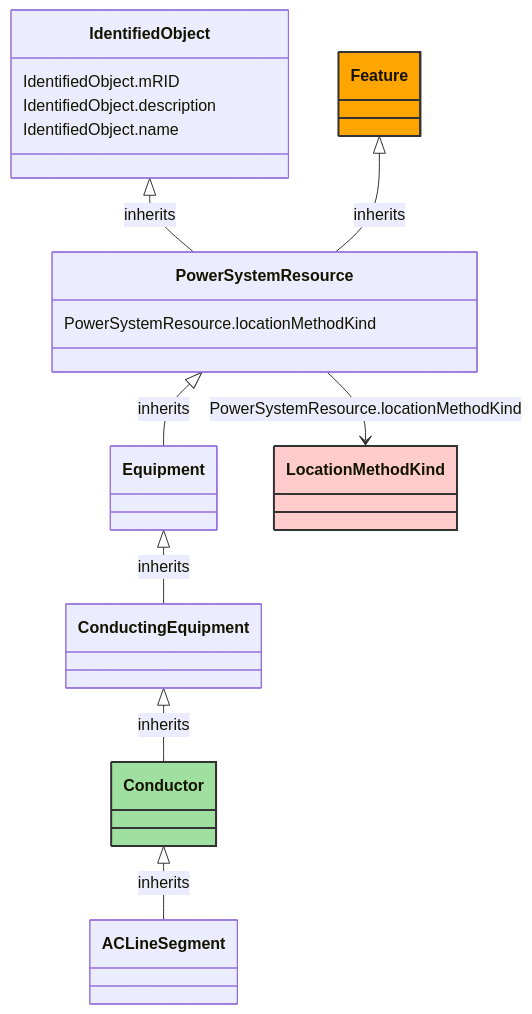
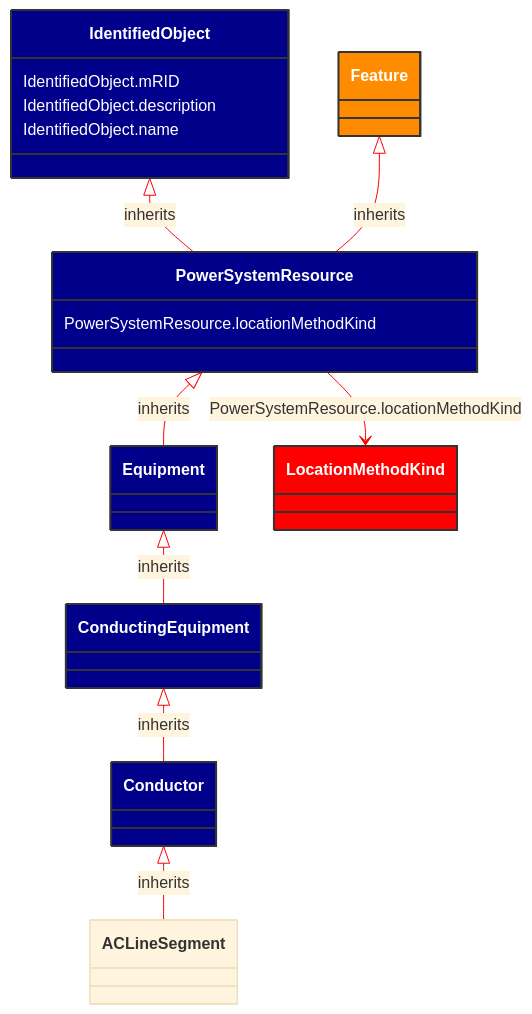
Before and after one commit to 3lbits/NoCIMExtensions: the diagram in docs/Models/Profiles/AviationObstacle/AbstractClasses/Conductor.md, drawn with Mermaid. The commit also changed 58 other files, not shown here.

````diff
--- a/docs/Models/Profiles/AviationObstacle/AbstractClasses/Conductor.md
+++ b/docs/Models/Profiles/AviationObstacle/AbstractClasses/Conductor.md
@@ -10,46 +10,47 @@
 ```mermaid
+%%{init: {'theme':'base','themeVariables': {'lineColor': '#FF0000'}}}%%
 classDiagram
     class Conductor
     click Conductor href "/Models/Profiles/AviationObstacle/AbstractClasses/Conductor/"
-    style Conductor fill:#9fdf9f,stroke:#333,stroke-width:2px,rx:10,ry:10
+    style Conductor fill:#006400,stroke:#333,stroke-width:2px,rx:10,ry:10,color:white
 
         Conductor <|-- ACLineSegment : inherits
             click Conductor href "/Models/Profiles/AviationObstacle/AbstractClasses/Conductor/"
-            style Conductor rx:10,ry:10
+            style Conductor fill:#00008B,stroke:#333,stroke-width:2px,rx:10,ry:10,color:white
 
         ACLineSegment
             click ACLineSegment href "/Models/Profiles/AviationObstacle/ConcreteClasses/ACLineSegment/"
-            style ACLineSegment rx:10,ry:10
+            style Conductor fill:#00008B,stroke:#333,stroke-width:2px,rx:10,ry:10,color:white
 
         ConductingEquipment <|-- Conductor : inherits
             click ConductingEquipment href "/Models/Profiles/AviationObstacle/AbstractClasses/ConductingEquipment/"
-            style ConductingEquipment rx:10,ry:10
+            style ConductingEquipment fill:#00008B,stroke:#333,stroke-width:2px,rx:10,ry:10,color:white
 
         Equipment <|-- ConductingEquipment : inherits
             click Equipment href "/Models/Profiles/AviationObstacle/AbstractClasses/Equipment/"
-            style Equipment rx:10,ry:10
+            style Equipment fill:#00008B,stroke:#333,stroke-width:2px,rx:10,ry:10,color:white
 
         PowerSystemResource <|-- Equipment : inherits
             click PowerSystemResource href "/Models/Profiles/AviationObstacle/AbstractClasses/PowerSystemResource/"
-            style PowerSystemResource rx:10,ry:10
+            style PowerSystemResource fill:#00008B,stroke:#333,stroke-width:2px,rx:10,ry:10,color:white
 
         IdentifiedObject <|-- PowerSystemResource : inherits
             click IdentifiedObject href "/Models/Profiles/AviationObstacle/AbstractClasses/IdentifiedObject/"
-            style IdentifiedObject rx:10,ry:10
+            style IdentifiedObject fill:#00008B,stroke:#333,stroke-width:2px,rx:10,ry:10,color:white
 
         Feature <|-- PowerSystemResource : inherits
             click Feature href "/Models/Profiles/AviationObstacle/ConcreteClasses/Feature/"
-            style Feature fill:#FFA500,stroke:#333,stroke-width:2px,rx:10,ry:10
+            style Feature fill:#FF8C00,stroke:#333,stroke-width:2px,rx:10,ry:10,color:white
 
 
         PowerSystemResource --> LocationMethodKind : PowerSystemResource.locationMethodKind
 
         LocationMethodKind
             click LocationMethodKind href "/Models/Profiles/AviationObstacle/Enumerations/LocationMethodKind/"
-            style LocationMethodKind fill:#FFCCCB,stroke:#333,stroke-width:2px,rx:10,ry:10
+            style LocationMethodKind fill:#FF0000,stroke:#333,stroke-width:2px,rx:10,ry:10,color:white
 
         PowerSystemResource : PowerSystemResource.locationMethodKind
         IdentifiedObject : IdentifiedObject.mRID
         IdentifiedObject : IdentifiedObject.description
         IdentifiedObject : IdentifiedObject.name
 ```
````
